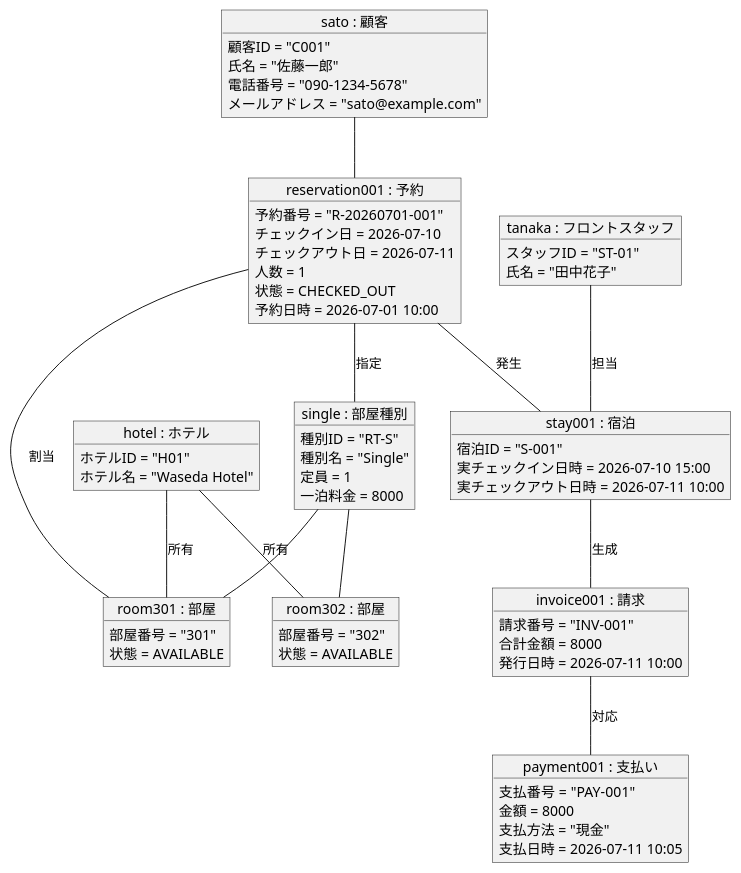
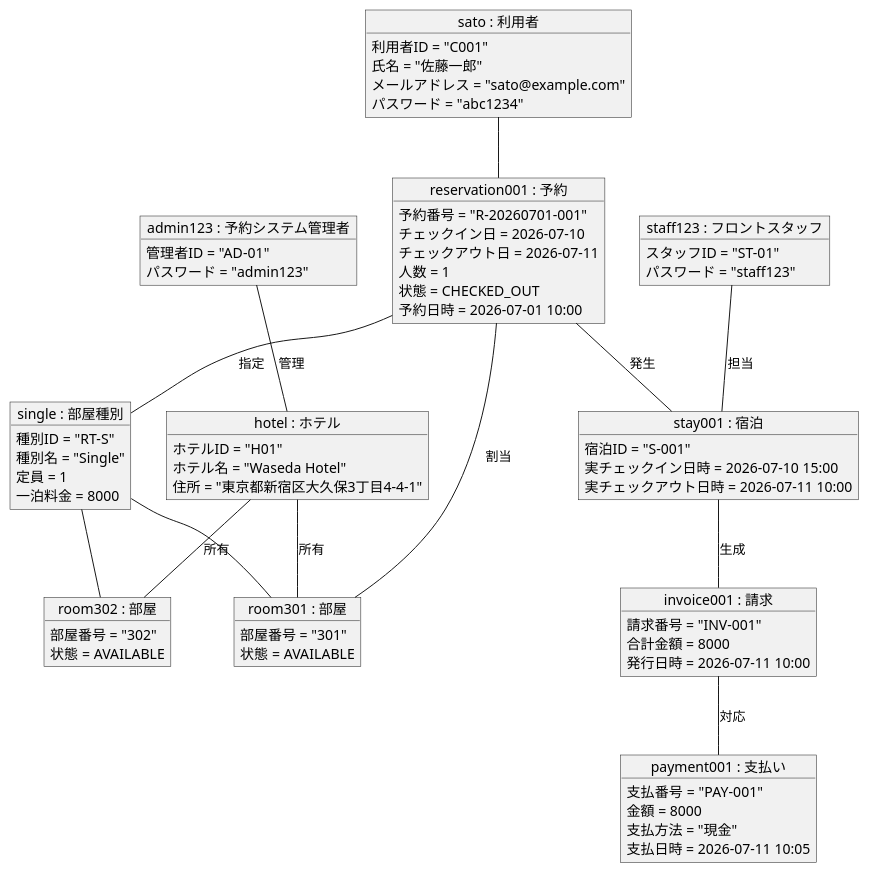
The diagram in diagrams/object_example.puml (SMatsuda3/hrs-team-project), drawn with PlantUML before and after one commit. The commit also changed 1 other file, not shown here.

Commit message:
update class diagram and object diagram

```diff
--- a/diagrams/object_example.puml
+++ b/diagrams/object_example.puml
@@ -1,90 +1,96 @@
 @startuml object_example
 ' ============================================================
 ' HRS オブジェクト図（演習1 / ドメイン分析の検証）
 ' Issue: [Domain] オブジェクト図で検証する
 '
 ' 目的: 概念/設計クラス図に矛盾がないかを、具体的な値で確認する
 ' スナップショット: 予約R-20260701-001 がチェックアウト完了した時点
 '   - 1泊（2026-07-10 → 2026-07-11）、一泊料金8000 → 合計8000
 '   - 合計金額は 予約.料金()（一泊料金 × 泊数）と一致する派生値
 '   - チェックアウト済みなので部屋301は AVAILABLE に戻っている
 ' ============================================================
 
-object "sato : 顧客" as sato {
-  顧客ID = "C001"
+object "sato : 利用者" as sato {
+  利用者ID = "C001"
   氏名 = "佐藤一郎"
-  電話番号 = "090-1234-5678"
   メールアドレス = "sato@example.com"
+  パスワード = "abc1234"
 }
 
 object "hotel : ホテル" as hotel {
   ホテルID = "H01"
   ホテル名 = "Waseda Hotel"
+  住所 = "東京都新宿区大久保3丁目4-4-1"
 }
 
 object "single : 部屋種別" as single {
   種別ID = "RT-S"
   種別名 = "Single"
   定員 = 1
   一泊料金 = 8000
 }
 
 object "room301 : 部屋" as room301 {
   部屋番号 = "301"
   状態 = AVAILABLE
 }
 
 object "room302 : 部屋" as room302 {
   部屋番号 = "302"
   状態 = AVAILABLE
 }
 
 object "reservation001 : 予約" as reservation001 {
   予約番号 = "R-20260701-001"
   チェックイン日 = 2026-07-10
   チェックアウト日 = 2026-07-11
   人数 = 1
   状態 = CHECKED_OUT
   予約日時 = 2026-07-01 10:00
 }
 
 object "stay001 : 宿泊" as stay001 {
   宿泊ID = "S-001"
   実チェックイン日時 = 2026-07-10 15:00
   実チェックアウト日時 = 2026-07-11 10:00
 }
 
 object "invoice001 : 請求" as invoice001 {
   請求番号 = "INV-001"
   合計金額 = 8000
   発行日時 = 2026-07-11 10:00
 }
 
 object "payment001 : 支払い" as payment001 {
   支払番号 = "PAY-001"
   金額 = 8000
   支払方法 = "現金"
   支払日時 = 2026-07-11 10:05
 }
 
-object "tanaka : フロントスタッフ" as tanaka {
+object "staff123 : フロントスタッフ" as staff123 {
   スタッフID = "ST-01"
-  氏名 = "田中花子"
+  パスワード = "staff123"
 }
 
+object "admin123 : 予約システム管理者" as admin123 {
+  管理者ID = "AD-01"
+  パスワード = "admin123"
+ }
 ' ============================================================
 ' リンク（クラス図の各関連に対応）
 ' ============================================================
 hotel          -- room301        : 所有
 hotel          -- room302        : 所有
 single         -- room301
 single         -- room302
 sato           -- reservation001
 reservation001 -- single         : 指定
 reservation001 -- room301        : 割当
 reservation001 -- stay001        : 発生
 stay001        -- invoice001     : 生成
 invoice001     -- payment001     : 対応
-tanaka         -- stay001        : 担当
+staff123         -- stay001        : 担当
+admin123       -- hotel          : 管理
 
 @enduml
```
